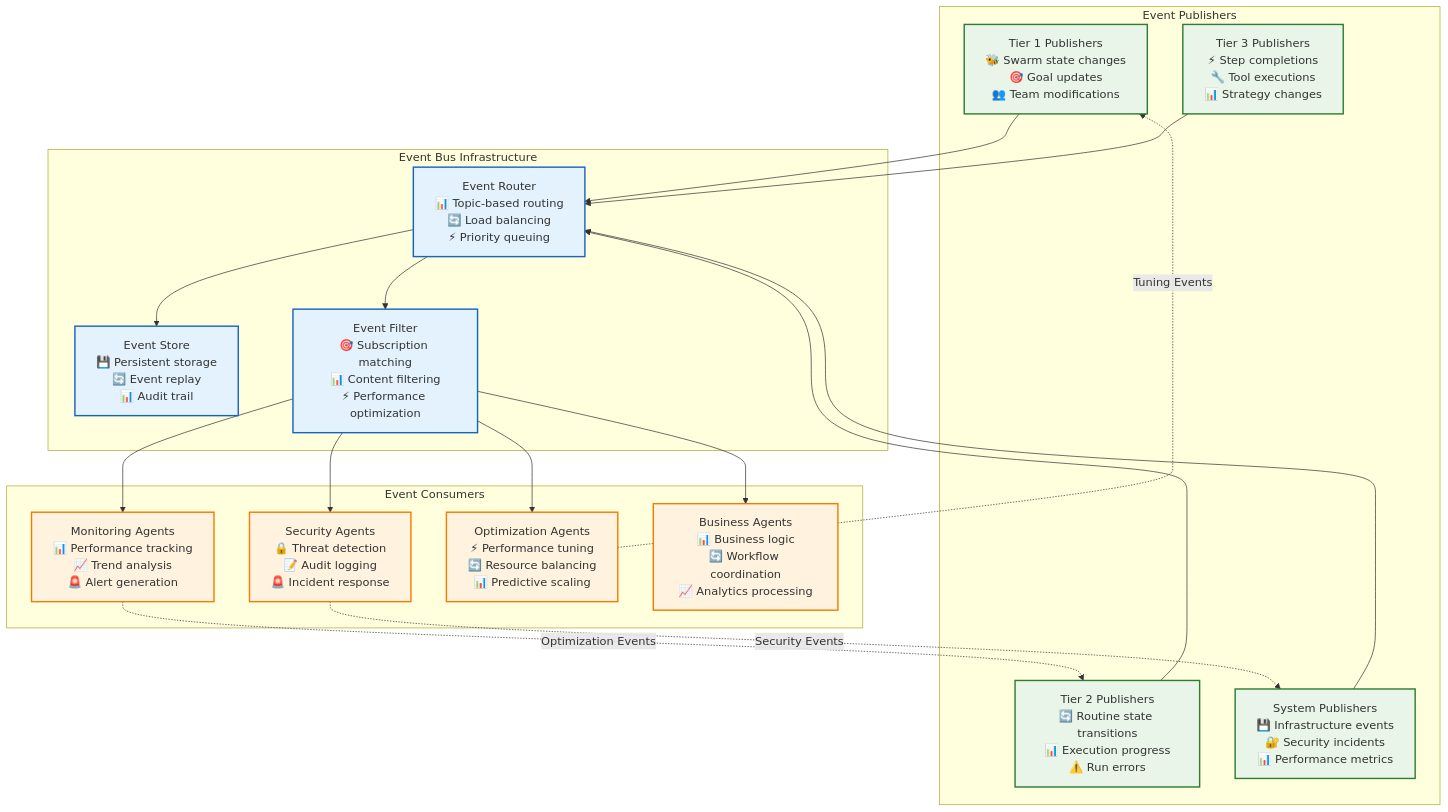
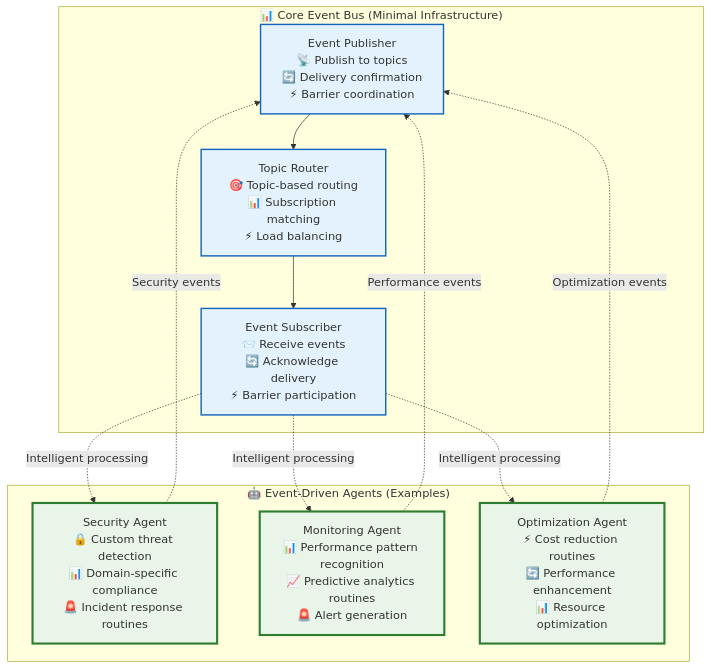
One commit to Vrooli/Vrooli changed the first of 2 diagrams in docs/architecture/execution/event-driven/event-bus-protocol.md. Above: the diagram before and after it, drawn with Mermaid. The commit also changed other lines of this file and 21 other files, not shown here.

````diff
--- a/docs/architecture/execution/event-driven/event-bus-protocol.md
+++ b/docs/architecture/execution/event-driven/event-bus-protocol.md
@@ -38,49 +18,32 @@
 ```mermaid
 graph TB
-    subgraph "Event Publishers"
-        T1Events[Tier 1 Publishers<br/>🐝 Swarm state changes<br/>🎯 Goal updates<br/>👥 Team modifications]
-        T2Events[Tier 2 Publishers<br/>🔄 Routine state transitions<br/>📊 Execution progress<br/>⚠️ Run errors]
-        T3Events[Tier 3 Publishers<br/>⚡ Step completions<br/>🔧 Tool executions<br/>📊 Strategy changes]
-        SystemEvents[System Publishers<br/>💾 Infrastructure events<br/>🔐 Security incidents<br/>📊 Performance metrics]
+    subgraph "📊 Core Event Bus (Minimal Infrastructure)"
+        Publisher[Event Publisher<br/>📡 Publish to topics<br/>🔄 Delivery confirmation<br/>⚡ Barrier coordination]
+        Router[Topic Router<br/>🎯 Topic-based routing<br/>📊 Subscription matching<br/>⚡ Load balancing]
+        Subscriber[Event Subscriber<br/>📨 Receive events<br/>🔄 Acknowledge delivery<br/>⚡ Barrier participation]
     end
     
-    subgraph "Event Bus Infrastructure"
-        EventRouter[Event Router<br/>📊 Topic-based routing<br/>🔄 Load balancing<br/>⚡ Priority queuing]
-        EventStore[Event Store<br/>💾 Persistent storage<br/>🔄 Event replay<br/>📊 Audit trail]
-        EventFilter[Event Filter<br/>🎯 Subscription matching<br/>📊 Content filtering<br/>⚡ Performance optimization]
+    subgraph "🤖 Event-Driven Agents (Examples)"
+        SecurityAgents[Security Agent<br/>🔒 Custom threat detection<br/>📊 Domain-specific compliance<br/>🚨 Incident response routines]
+        MonitoringAgents[Monitoring Agent<br/>📊 Performance pattern recognition<br/>📈 Predictive analytics routines<br/>🚨 Alert generation]
+        OptimizationAgents[Optimization Agent<br/>⚡ Cost reduction routines<br/>🔄 Performance enhancement<br/>📊 Resource optimization]
     end
     
-    subgraph "Event Consumers"
-        MonitoringAgents[Monitoring Agents<br/>📊 Performance tracking<br/>📈 Trend analysis<br/>🚨 Alert generation]
-        SecurityAgents[Security Agents<br/>🔒 Threat detection<br/>📝 Audit logging<br/>🚨 Incident response]
-        OptimizationAgents[Optimization Agents<br/>⚡ Performance tuning<br/>🔄 Resource balancing<br/>📊 Predictive scaling]
-        BusinessAgents[Business Agents<br/>📊 Business logic<br/>🔄 Workflow coordination<br/>📈 Analytics processing]
-    end
+    Publisher --> Router
+    Router --> Subscriber
     
-    %% Event flow
-    T1Events --> EventRouter
-    T2Events --> EventRouter
-    T3Events --> EventRouter
-    SystemEvents --> EventRouter
+    Subscriber -.->|"Intelligent processing"| SecurityAgents
+    Subscriber -.->|"Intelligent processing"| MonitoringAgents  
+    Subscriber -.->|"Intelligent processing"| OptimizationAgents
     
-    EventRouter --> EventStore
-    EventRouter --> EventFilter
+    %% Agent feedback loops
+    SecurityAgents -.->|"Security events"| Publisher
+    MonitoringAgents -.->|"Performance events"| Publisher
+    OptimizationAgents -.->|"Optimization events"| Publisher
     
-    EventFilter --> MonitoringAgents
-    EventFilter --> SecurityAgents
-    EventFilter --> OptimizationAgents
-    EventFilter --> BusinessAgents
+    classDef infrastructure fill:#e3f2fd,stroke:#1565c0,stroke-width:2px
+    classDef agents fill:#e8f5e8,stroke:#2e7d32,stroke-width:3px
     
-    %% Feedback loops
-    MonitoringAgents -.->|Optimization Events| T2Events
-    SecurityAgents -.->|Security Events| SystemEvents
-    OptimizationAgents -.->|Tuning Events| T1Events
-    
-    classDef publishers fill:#e8f5e8,stroke:#2e7d32,stroke-width:2px
-    classDef infrastructure fill:#e3f2fd,stroke:#1565c0,stroke-width:2px
-    classDef consumers fill:#fff3e0,stroke:#f57c00,stroke-width:2px
-    
-    class T1Events,T2Events,T3Events,SystemEvents publishers
-    class EventRouter,EventStore,EventFilter infrastructure
-    class MonitoringAgents,SecurityAgents,OptimizationAgents,BusinessAgents consumers
+    class Publisher,Router,Subscriber infrastructure
+    class SecurityAgents,MonitoringAgents,OptimizationAgents agents
 ```
````
